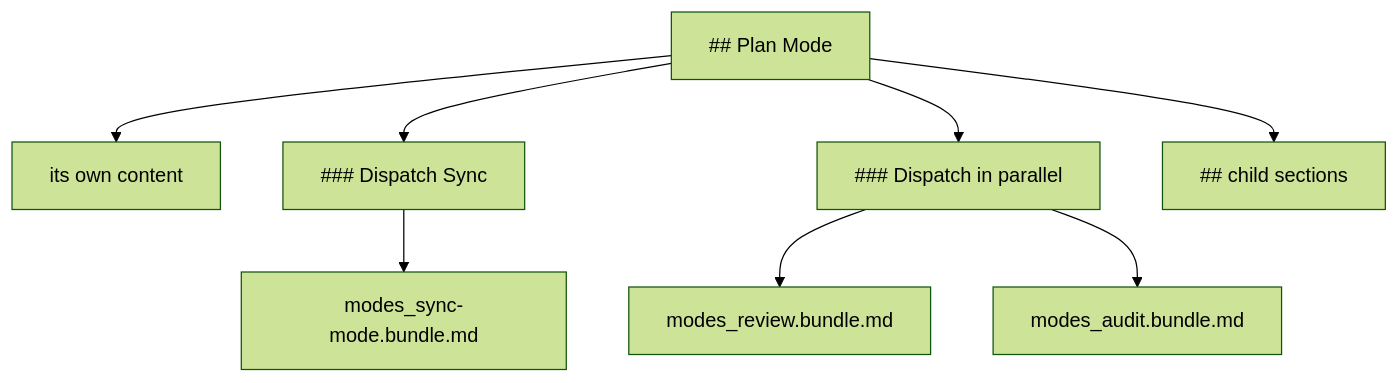
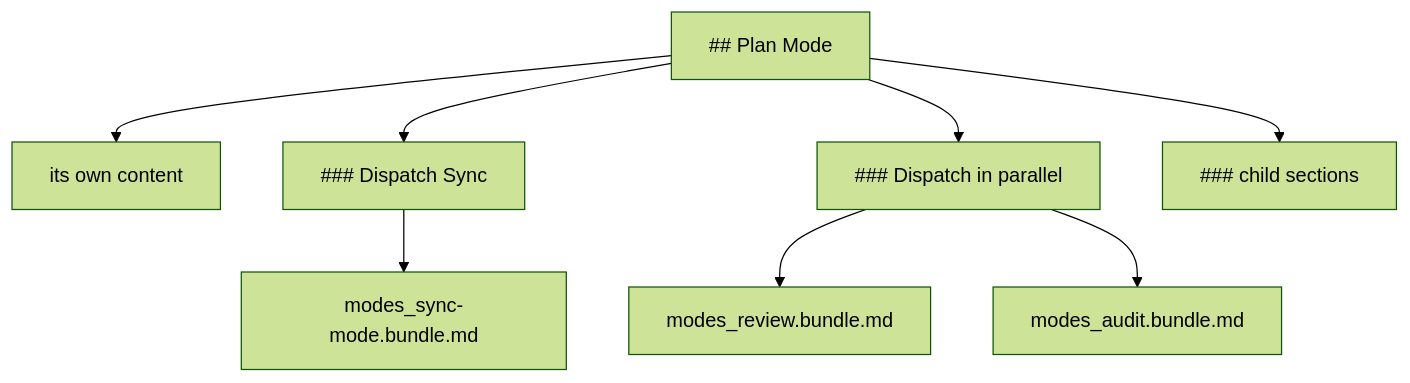
The first of 2 diagrams in docs/dispatch.md (m2ux/prosiform), drawn with Mermaid (forest theme) before and after one commit. The commit also changed other lines of this file, not shown here.

Commit message:
state on the dispatch page the declaration a target needs, the Run pf first collision, the cycle code and where destination sections stand

````diff
--- a/docs/dispatch.md
+++ b/docs/dispatch.md
@@ -45,10 +45,10 @@
 ```mermaid
 flowchart TD
   Section["## Plan Mode"] --> Own["its own content"]
   Section --> D1["### Dispatch Sync"]
   Section --> D2["### Dispatch in parallel"]
-  Section --> Child["## child sections"]
+  Section --> Child["### child sections"]
   D1 --> B1["modes_sync-mode.bundle.md"]
   D2 --> B2["modes_review.bundle.md"]
   D2 --> B3["modes_audit.bundle.md"]
 ```
````
